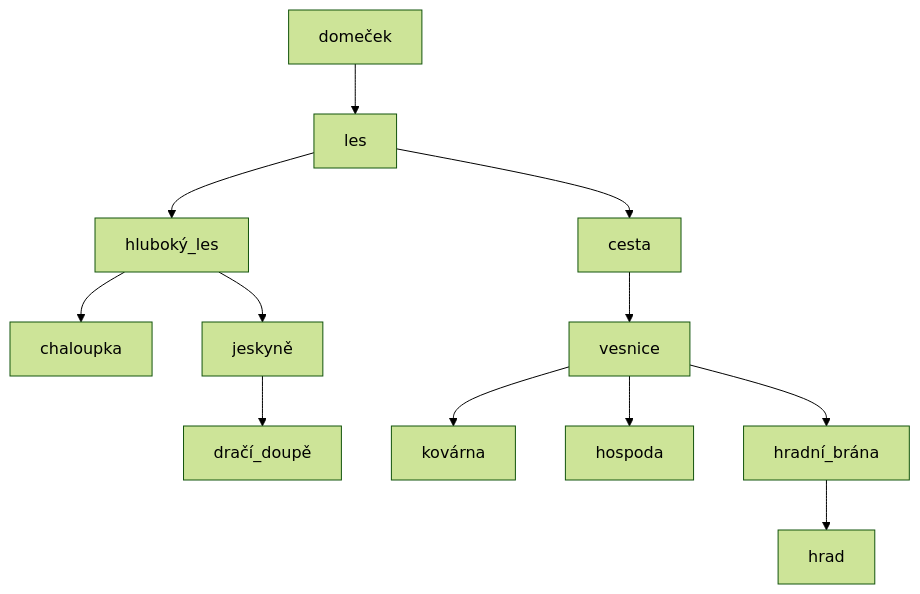
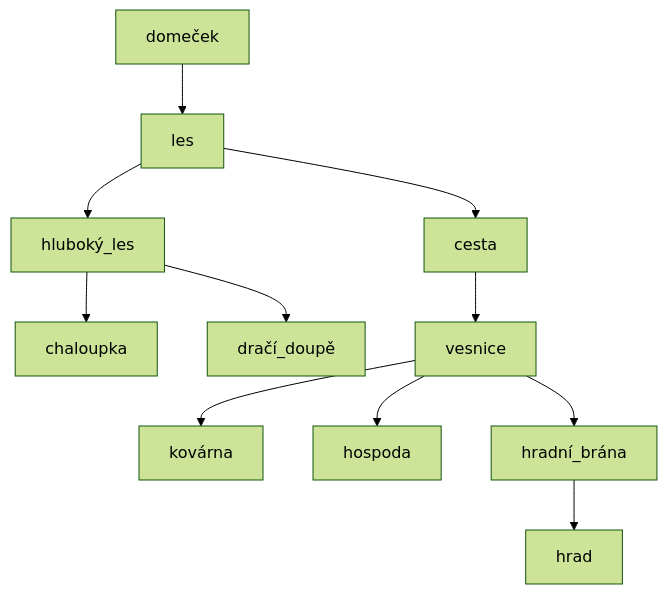
Before and after one commit to JanKornienko/adventura: the diagram in README.md, drawn with Mermaid (forest theme). The commit also changed other lines of this file and 1 other file, not shown here.

````diff
--- a/README.md
+++ b/README.md
@@ -7,14 +9,13 @@
 ```mermaid
 flowchart TD
     A[domeček] --> B[les]
     B --> C[hluboký_les]
     B --> G[cesta]
     C --> D[chaloupka]
-    C --> E[jeskyně]
-    E --> F[dračí_doupě]
+    C --> E[dračí_doupě]
     G --> H[vesnice]
     H --> I[kovárna]
     H --> J[hospoda]
     H --> K[hradní_brána]
     K --> L[hrad]
 ```
````
